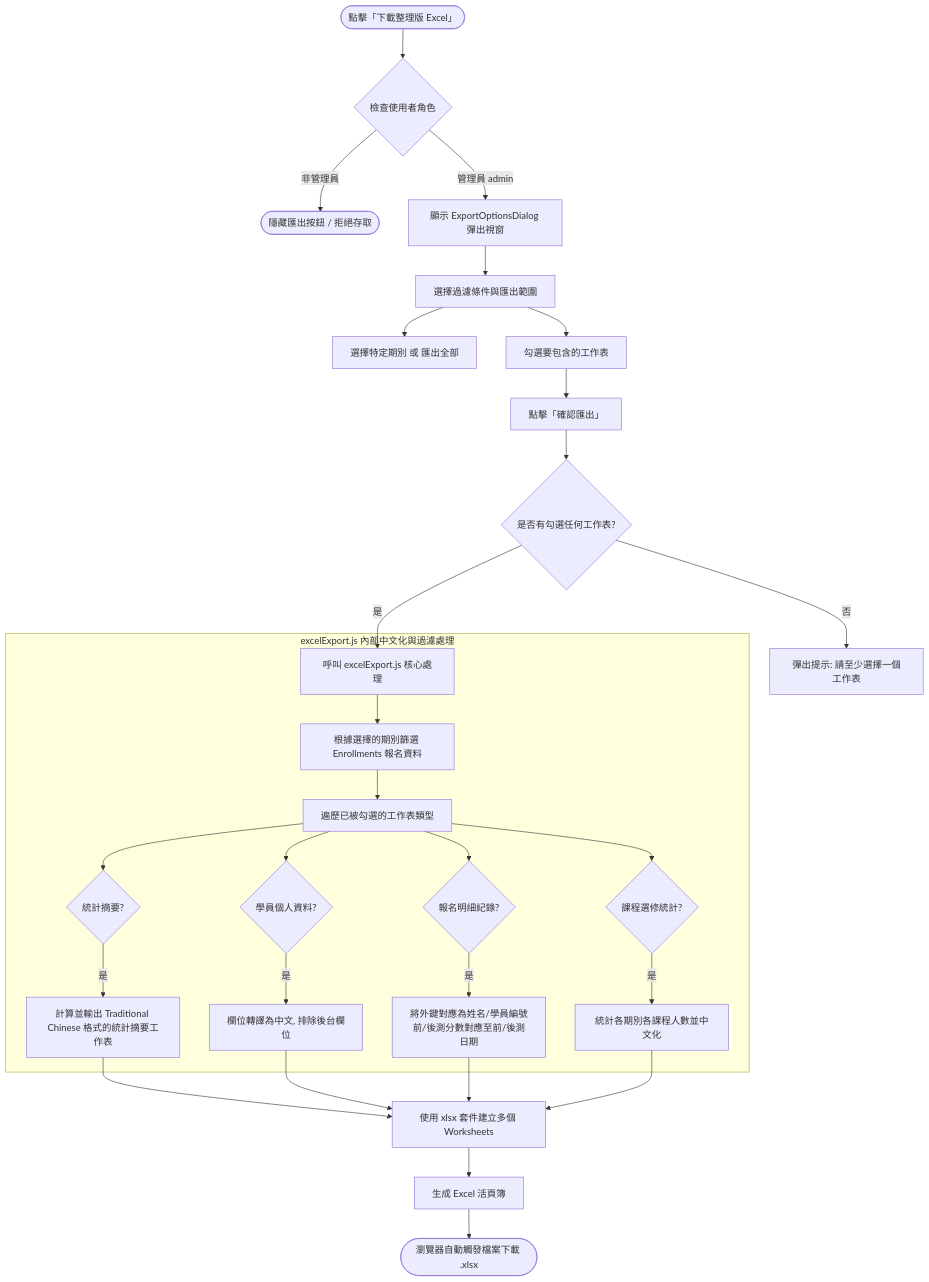
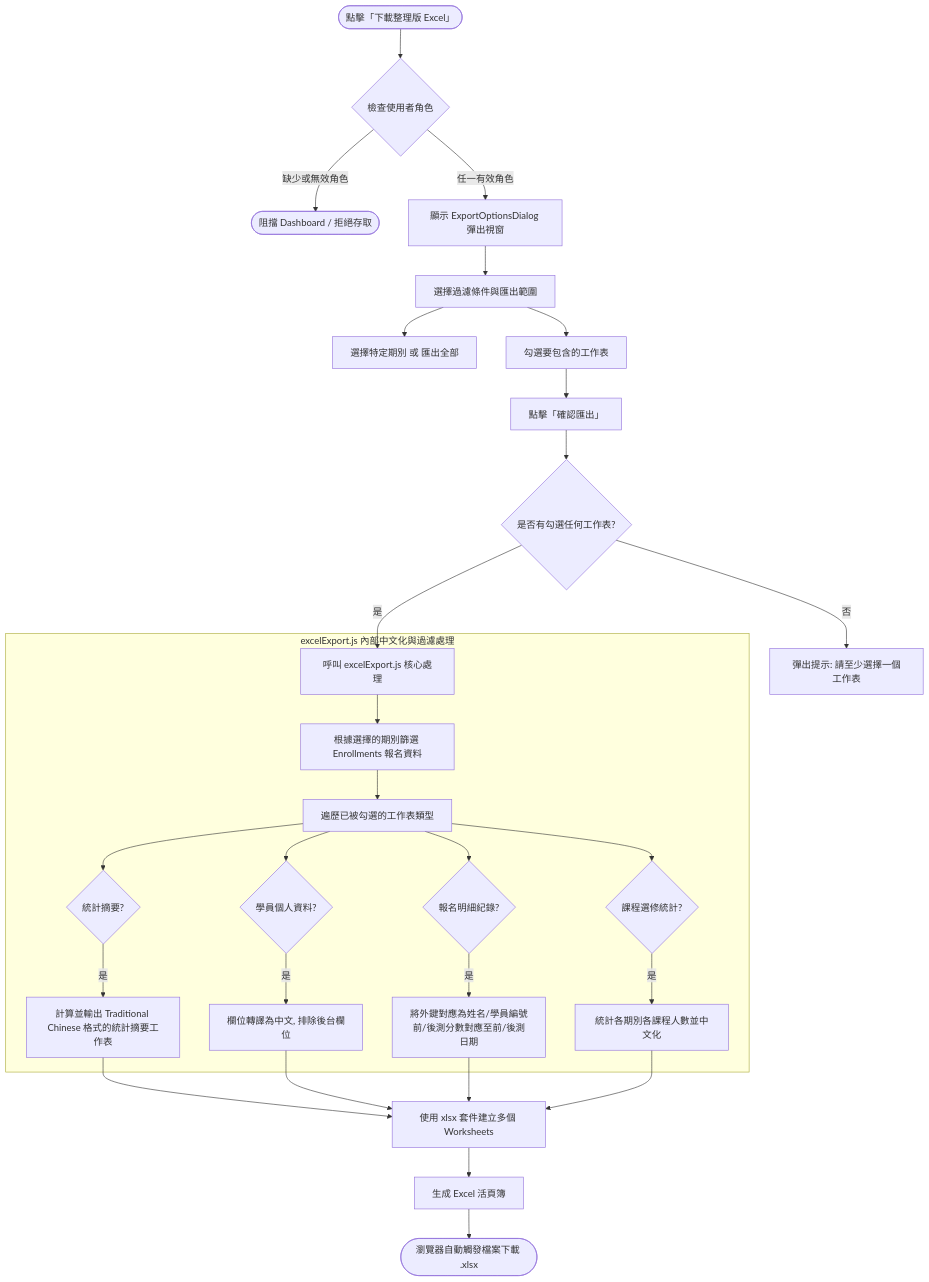
The third of 4 diagrams in 架構.md (TWTooru/ChanghuaYMCA_SeniorMenberSystem), drawn with Mermaid before and after one commit. The commit also changed other lines of this file, not shown here.

Commit message:
docs: align role architecture

````diff
--- a/架構.md
+++ b/架構.md
@@ -294,30 +295,30 @@
 ```mermaid
 flowchart TD
     Start([點擊「下載整理版 Excel」]) --> CheckRole{檢查使用者角色}
     
-    CheckRole -->|非管理員| Deny([隱藏匯出按鈕 / 拒絕存取])
-    CheckRole -->|管理員 admin| ShowDialog[顯示 ExportOptionsDialog 彈出視窗]
+    CheckRole -->|缺少或無效角色| Deny([阻擋 Dashboard / 拒絕存取])
+    CheckRole -->|任一有效角色| ShowDialog[顯示 ExportOptionsDialog 彈出視窗]
     
     ShowDialog --> UserInput[選擇過濾條件與匯出範圍]
     UserInput --> SelectSeason[選擇特定期別 或 匯出全部]
     UserInput --> SelectSheets[勾選要包含的工作表]
     
     SelectSheets --> ClickExport[點擊「確認匯出」]
     ClickExport --> CheckEmpty{是否有勾選任何工作表?}
     CheckEmpty -->|否| Abort[彈出提示: 請至少選擇一個工作表]
     CheckEmpty -->|是| CallLib[呼叫 excelExport.js 核心處理]
     
     subgraph subExcel ["excelExport.js 內部中文化與過濾處理"]
         CallLib --> FilterData[根據選擇的期別篩選 Enrollments 報名資料]
         FilterData --> LoopSheets[遍歷已被勾選的工作表類型]
         
         LoopSheets --> Sheet1{統計摘要?} -->|是| MapSummary[計算並輸出 Traditional Chinese 格式的統計摘要工作表]
         LoopSheets --> Sheet2{學員個人資料?} -->|是| MapStudents["欄位轉譯為中文, 排除後台欄位"]
         LoopSheets --> Sheet3{報名明細紀錄?} -->|是| MapEnroll["將外鍵對應為姓名/學員編號<br/>前/後測分數對應至前/後測日期"]
         LoopSheets --> Sheet4{課程選修統計?} -->|是| MapCourses[統計各期別各課程人數並中文化]
     end
     
     MapSummary & MapStudents & MapEnroll & MapCourses --> BuildWorkbook[使用 xlsx 套件建立多個 Worksheets]
     BuildWorkbook --> GenerateFile[生成 Excel 活頁簿]
     GenerateFile --> Download([瀏覽器自動觸發檔案下載 .xlsx])
 ```
````
